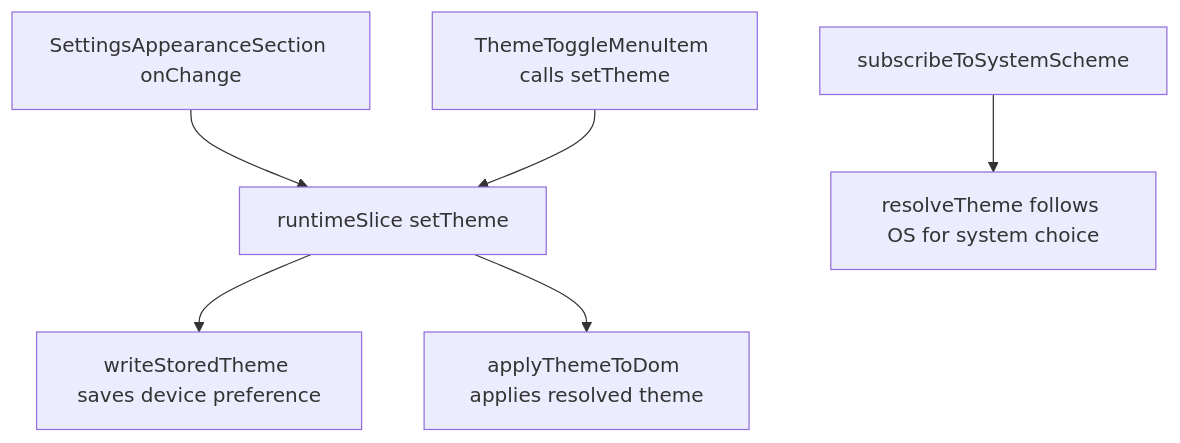
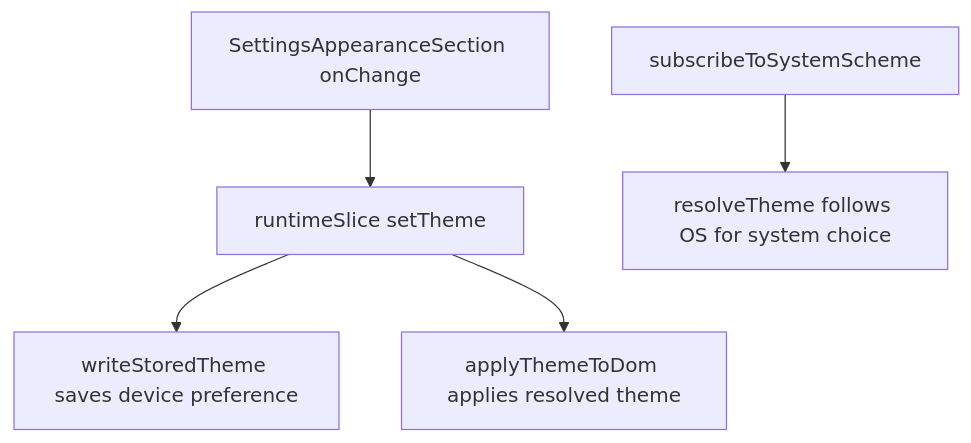
One commit to Kevinjohn/capacitylens changed the second of 2 diagrams in user-stories/navigation/US-NAV-06-dark-mode.md. Above: the diagram before and after it, drawn with Mermaid. The commit also changed other lines of this file and 35 other files, not shown here.

````diff
--- a/user-stories/navigation/US-NAV-06-dark-mode.md
+++ b/user-stories/navigation/US-NAV-06-dark-mode.md
@@ -35,8 +31,7 @@
 ```mermaid
 flowchart TD
   settings["SettingsAppearanceSection onChange"] --> action["runtimeSlice setTheme"]
-  sidebar["ThemeToggleMenuItem calls setTheme"] --> action
   action --> storage["writeStoredTheme saves device preference"]
   action --> dom["applyThemeToDom applies resolved theme"]
   system["subscribeToSystemScheme"] --> resolved["resolveTheme follows OS for system choice"]
 ```
````
